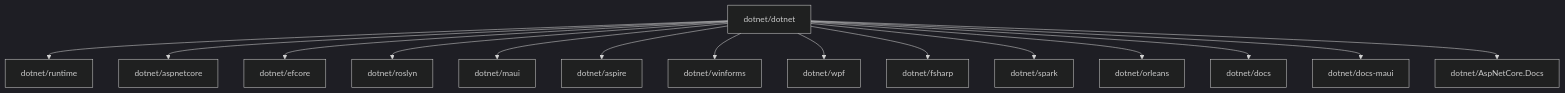
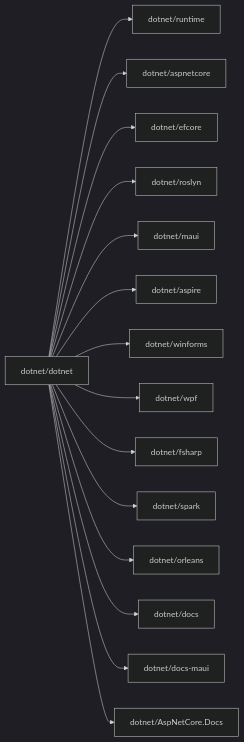
Before and after one commit to zhouxiaoqi2925/Obsidian: the diagram in 实战案例/dotnet.md, drawn with Mermaid (dark theme). The commit also changed other lines of this file and 12 other files, not shown here.

````diff
--- a/实战案例/dotnet.md
+++ b/实战案例/dotnet.md
@@ -205,17 +286,17 @@
 ```mermaid
-flowchart TD
+flowchart LR
     Home[dotnet/dotnet] --> Runtime[dotnet/runtime]
     Home --> AspNet[dotnet/aspnetcore]
     Home --> EF[dotnet/efcore]
     Home --> Roslyn[dotnet/roslyn]
     Home --> Maui[dotnet/maui]
     Home --> Aspire[dotnet/aspire]
     Home --> WinForms[dotnet/winforms]
     Home --> WPF[dotnet/wpf]
     Home --> FSharp[dotnet/fsharp]
     Home --> Spark[dotnet/spark]
     Home --> Orleans[dotnet/orleans]
     Home --> Docs[dotnet/docs]
     Home --> MAUIDocs[dotnet/docs-maui]
     Home --> AspNetDocs[dotnet/AspNetCore.Docs]
 ```
````
